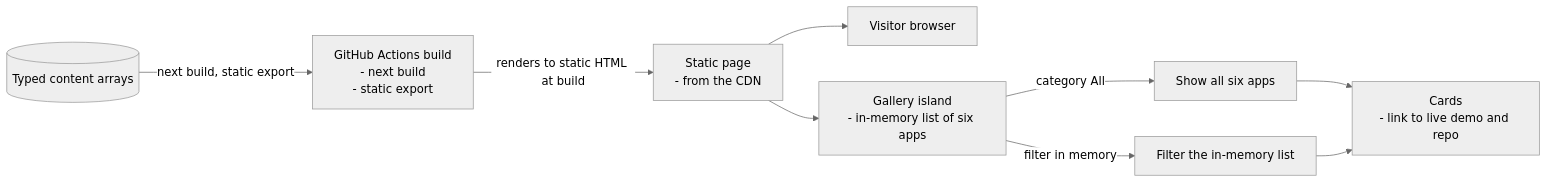
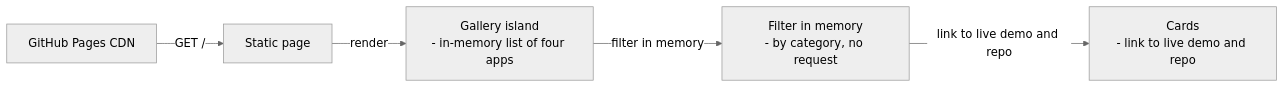
The second of 4 diagrams in README.md (elleskay/platform-site), drawn with Mermaid (neutral theme) before and after one commit. The commit also changed other lines of this file and 15 other files, not shown here.

````diff
--- a/README.md
+++ b/README.md
@@ -101,19 +99,7 @@
 ```mermaid
 flowchart LR
-  Content[("Typed content arrays")]
-  Build["GitHub Actions build<br/>- next build<br/>- static export"]
-  Page["Static page<br/>- from the CDN"]
-  Visitor["Visitor browser"]
-  Gallery["Gallery island<br/>- in-memory list of six apps"]
-  All["Show all six apps"]
-  Filt["Filter the in-memory list"]
-  Cards["Cards<br/>- link to live demo and repo"]
-  Content -->|"next build, static export"| Build
-  Build -->|"renders to static HTML at build"| Page
-  Page --> Visitor
-  Page --> Gallery
-  Gallery -->|"category All"| All
-  Gallery -->|"filter in memory"| Filt
-  All --> Cards
-  Filt --> Cards
+  CDN["GitHub Pages CDN"] -->|"GET /"| Page["Static page"]
+  Page -->|"render"| Gallery["Gallery island<br/>- in-memory list of four apps"]
+  Gallery -->|"filter in memory"| Filter["Filter in memory<br/>- by category, no request"]
+  Filter -->|"link to live demo and repo"| Cards["Cards<br/>- link to live demo and repo"]
 ```
````
